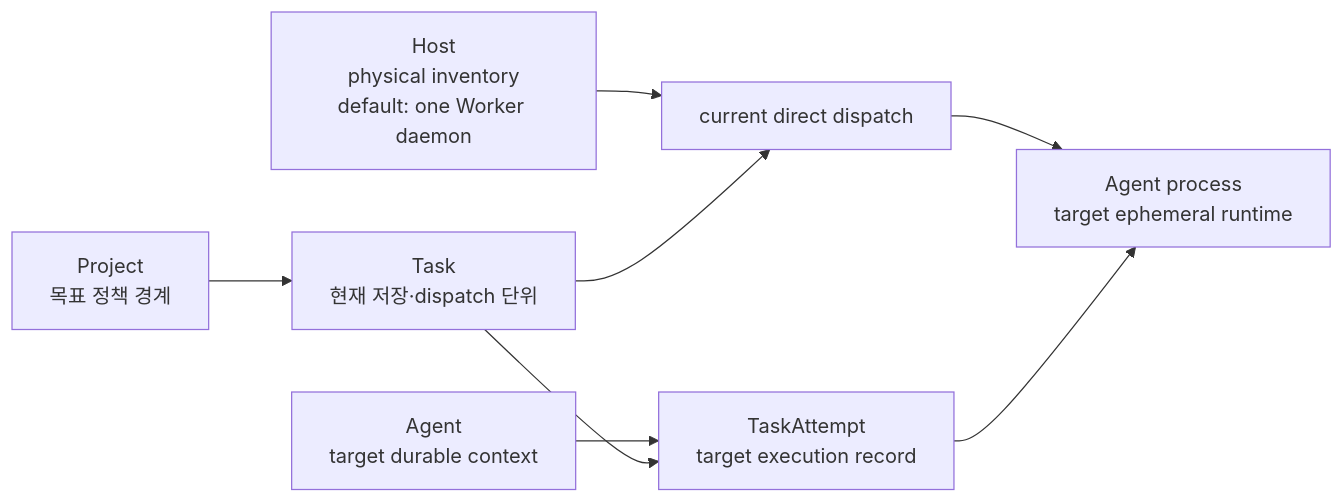
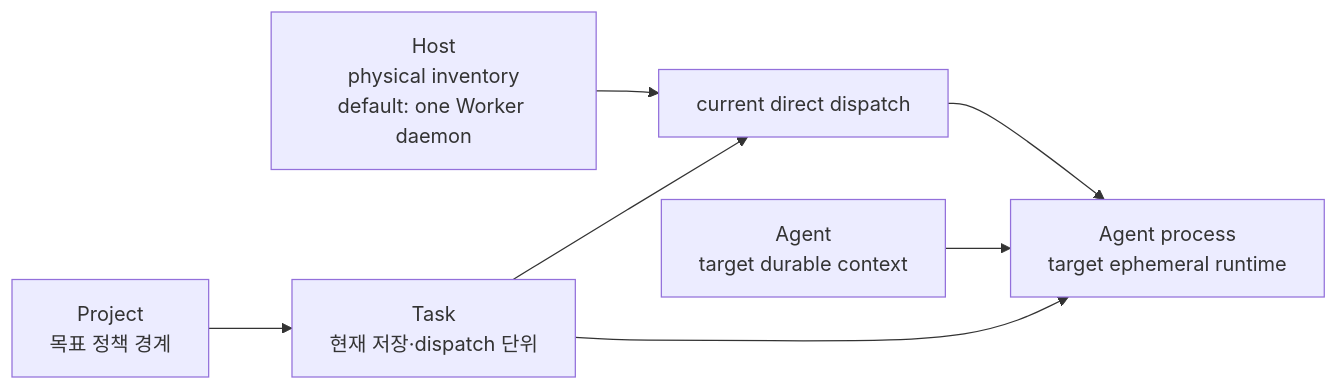
Before and after one commit to yarang/grok-fleet-orchestrator: the diagram in docs/architecture/system-entities-mapping.md, drawn with Mermaid. The commit also changed other lines of this file and 27 other files, not shown here.

````diff
--- a/docs/architecture/system-entities-mapping.md
+++ b/docs/architecture/system-entities-mapping.md
@@ -16,10 +17,9 @@
 ```mermaid
 flowchart LR
     Project["Project\n목표 정책 경계"] --> Task["Task\n현재 저장·dispatch 단위"]
     Host["Host\nphysical inventory\ndefault: one Worker daemon"] --> Worker["Worker\ncurrent execution daemon"]
     Task --> Worker["current direct dispatch"]
-    Agent["Agent\ntarget durable context"] --> Attempt["TaskAttempt\ntarget execution record"]
-    Task --> Attempt
     Worker --> Process["Agent process\ntarget ephemeral runtime"]
-    Attempt --> Process
+    Agent["Agent\ntarget durable context"] --> Process
+    Task --> Process
 ```
````
